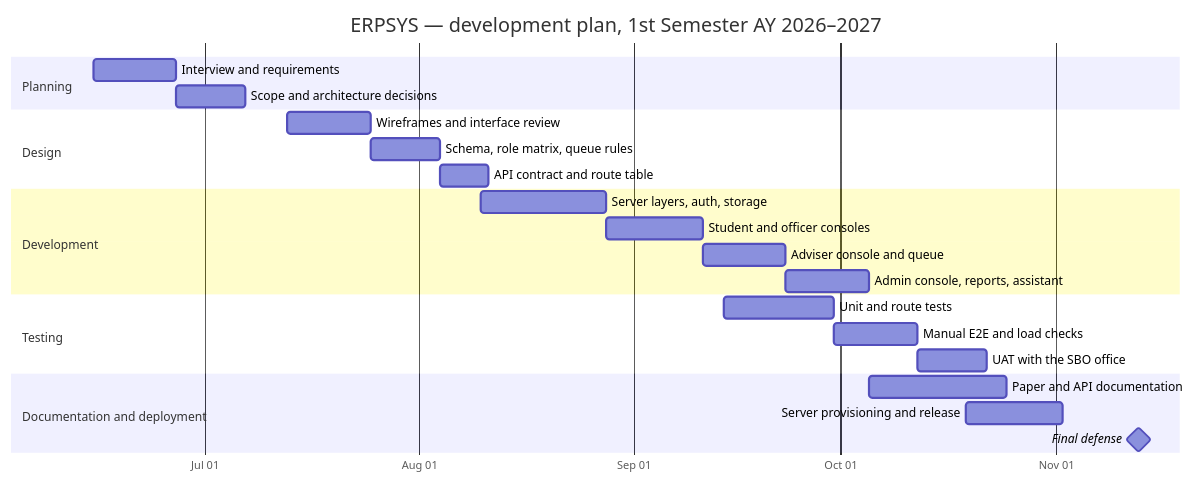
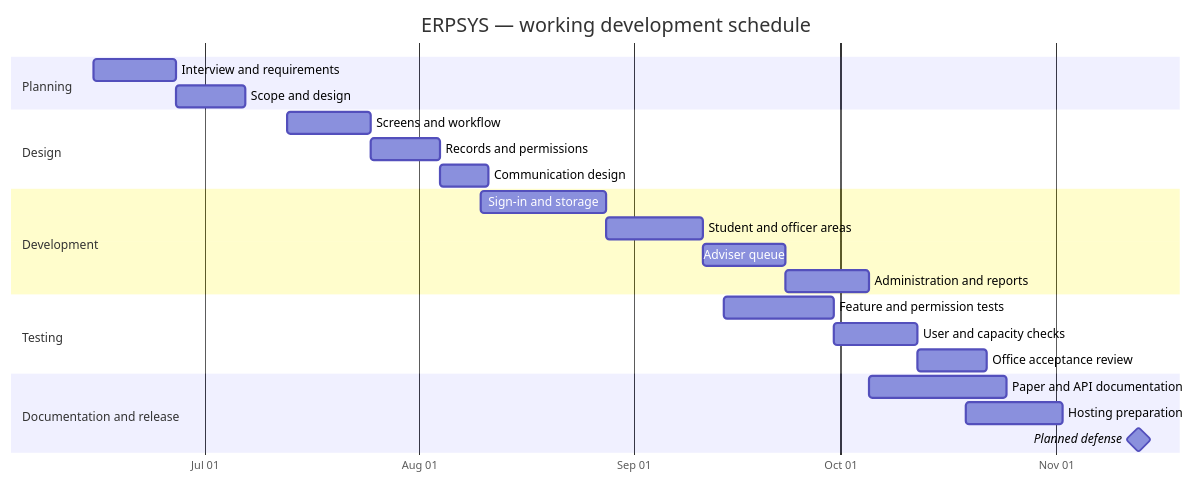
The eighth of 9 diagrams in docs/paper/FINAL_PAPER.md (Drakaniia/erpsys), drawn with Mermaid before and after one commit. The commit also changed other lines of this file and 41 other files, not shown here.

First line of the commit message:
docs(paper): split API reference from chapters

````diff
--- a/docs/paper/FINAL_PAPER.md
+++ b/docs/paper/FINAL_PAPER.md
@@ -899,32 +695,27 @@
 ```mermaid
 gantt
-  title ERPSYS — development plan, 1st Semester AY 2026–2027
+  title ERPSYS — working development schedule
   dateFormat YYYY-MM-DD
   axisFormat %b %d
   todayMarker off
-
   section Planning
-  Interview and requirements            :p1, 2026-06-15, 12d
-  Scope and architecture decisions      :p2, after p1, 10d
-
+  Interview and requirements :p1, 2026-06-15, 12d
+  Scope and design :p2, after p1, 10d
   section Design
-  Wireframes and interface review       :d1, 2026-07-13, 12d
-  Schema, role matrix, queue rules      :d2, after d1, 10d
-  API contract and route table          :d3, after d2, 7d
-
+  Screens and workflow :d1, 2026-07-13, 12d
+  Records and permissions :d2, after d1, 10d
+  Communication design :d3, after d2, 7d
   section Development
-  Server layers, auth, storage          :dev1, 2026-08-10, 18d
-  Student and officer consoles          :dev2, after dev1, 14d
-  Adviser console and queue             :dev3, after dev2, 12d
-  Admin console, reports, assistant     :dev4, after dev3, 12d
-
+  Sign-in and storage :dev1, 2026-08-10, 18d
+  Student and officer areas :dev2, after dev1, 14d
+  Adviser queue :dev3, after dev2, 12d
+  Administration and reports :dev4, after dev3, 12d
   section Testing
-  Unit and route tests                  :t1, 2026-09-14, 16d
-  Manual E2E and load checks            :t2, after t1, 12d
-  UAT with the SBO office               :t3, after t2, 10d
-
-  section Documentation and deployment
-  Paper and API documentation           :doc1, 2026-10-05, 20d
-  Server provisioning and release       :dep1, 2026-10-19, 14d
-  Final defense                         :milestone, m1, 2026-11-13, 0d
+  Feature and permission tests :t1, 2026-09-14, 16d
+  User and capacity checks :t2, after t1, 12d
+  Office acceptance review :t3, after t2, 10d
+  section Documentation and release
+  Paper and API documentation :doc1, 2026-10-05, 20d
+  Hosting preparation :dep1, 2026-10-19, 14d
+  Planned defense :milestone, m1, 2026-11-13, 0d
 ```
````
